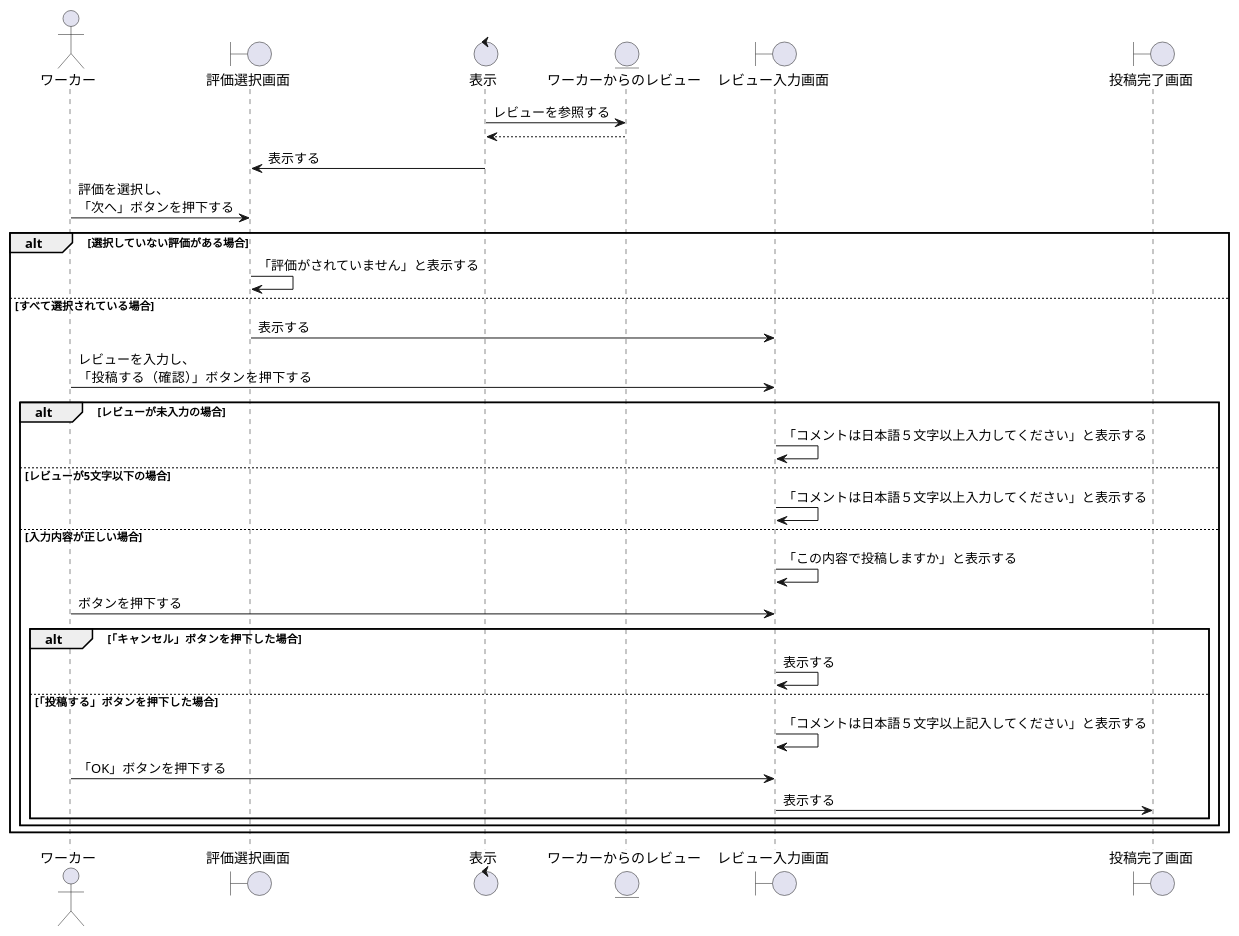
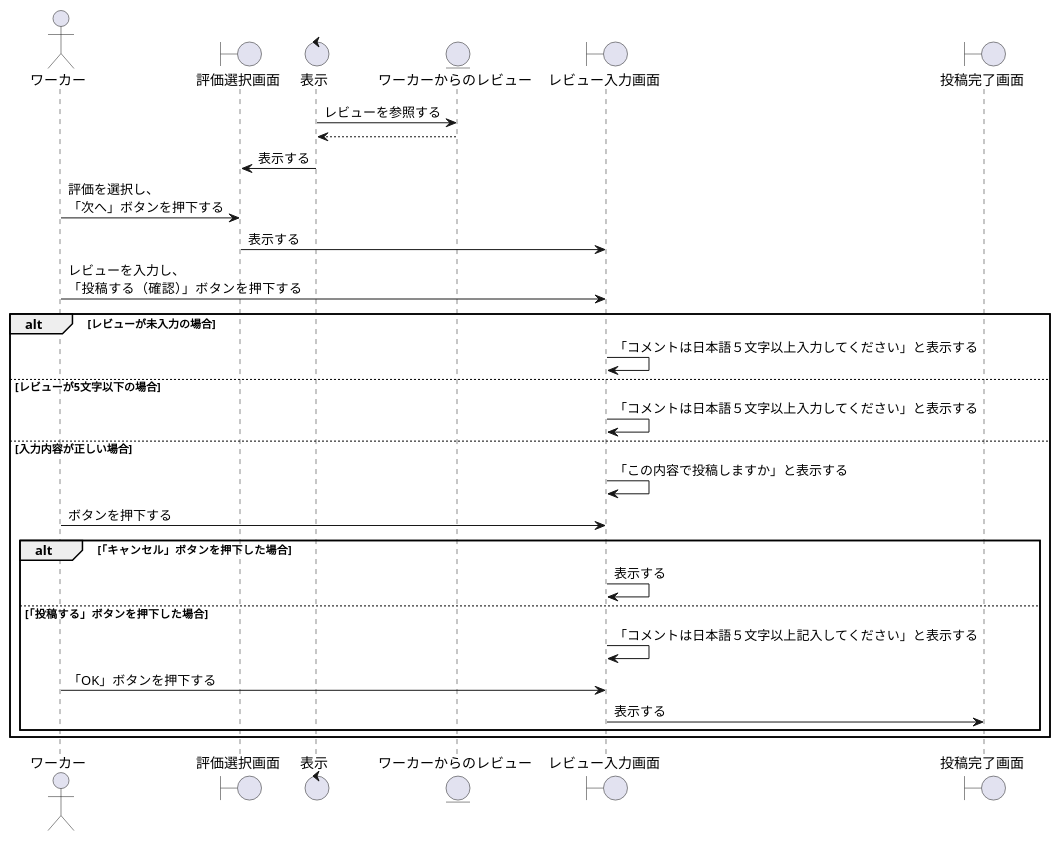
Before and after one commit to irukacb256/high_Me: the diagram in sequence_fig/4_business_fn/3_働いた店舗のレビューをする.pu, drawn with PlantUML. The commit also changed 13 other files, not shown here.

```diff
--- a/sequence_fig/4_business_fn/3_働いた店舗のレビューをする.pu
+++ b/sequence_fig/4_business_fn/3_働いた店舗のレビューをする.pu
@@ -1,42 +1,39 @@
 @startuml レビューを投稿する
 
 actor    ワーカー as wo1
 boundary 評価選択画面 as rsc1
 control  表示     as co1
 entity   ワーカーからのレビュー as rv1
 boundary レビュー入力画面 as ric1
 boundary 投稿完了画面 as rcc1
 
 co1 -> rv1 : レビューを参照する
 rv1 --> co1 
 
 co1 -> rsc1 : 表示する
 
 wo1 -> rsc1 :評価を選択し、\n「次へ」ボタンを押下する
-alt 選択していない評価がある場合
-    rsc1->rsc1:「評価がされていません」と表示する
-else すべて選択されている場合
+
     rsc1 -> ric1:表示する
     wo1 -> ric1:レビューを入力し、\n「投稿する（確認）」ボタンを押下する
 
     alt レビューが未入力の場合
         ric1 -> ric1 :「コメントは日本語５文字以上入力してください」と表示する
     else レビューが5文字以下の場合
         ric1 -> ric1 :「コメントは日本語５文字以上入力してください」と表示する
     else 入力内容が正しい場合
         ric1 -> ric1 :「この内容で投稿しますか」と表示する
         wo1 -> ric1 : ボタンを押下する
         alt 「キャンセル」ボタンを押下した場合
             ric1 -> ric1 :表示する
         else 「投稿する」ボタンを押下した場合
             ric1 -> ric1 :「コメントは日本語５文字以上記入してください」と表示する
             wo1 -> ric1 : 「OK」ボタンを押下する
             ric1 -> rcc1 : 表示する
         end
     end 
-end
 
 
 
 
 @enduml
```
